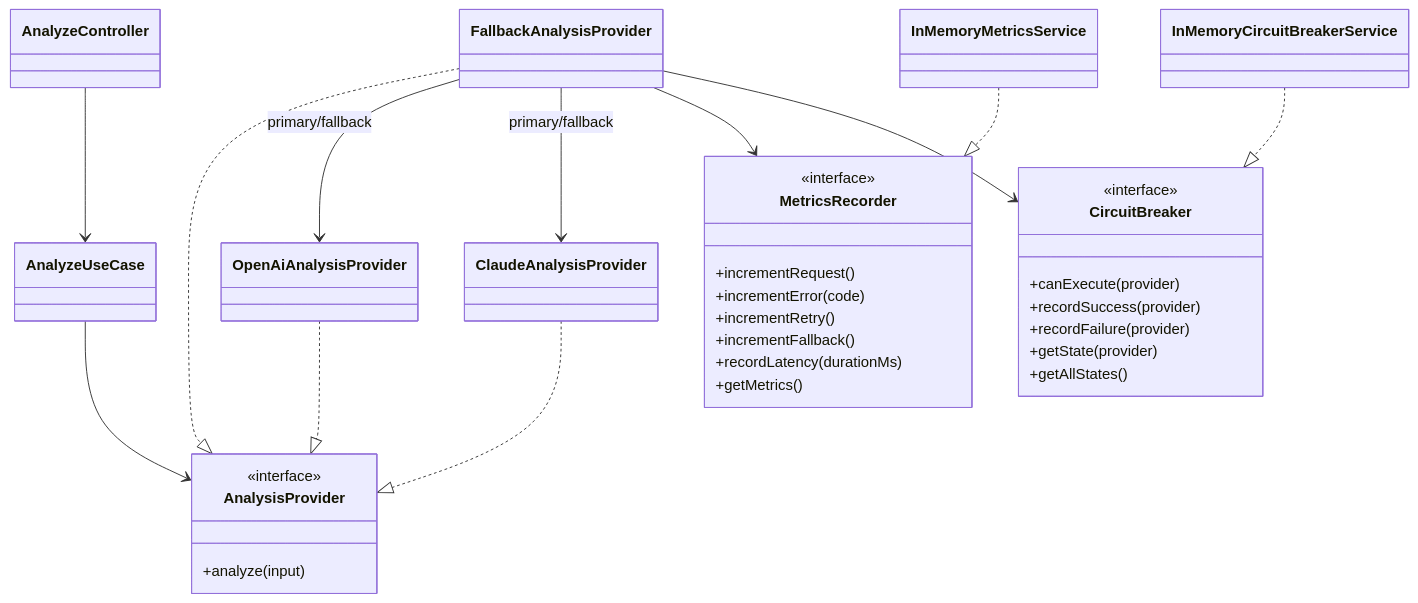
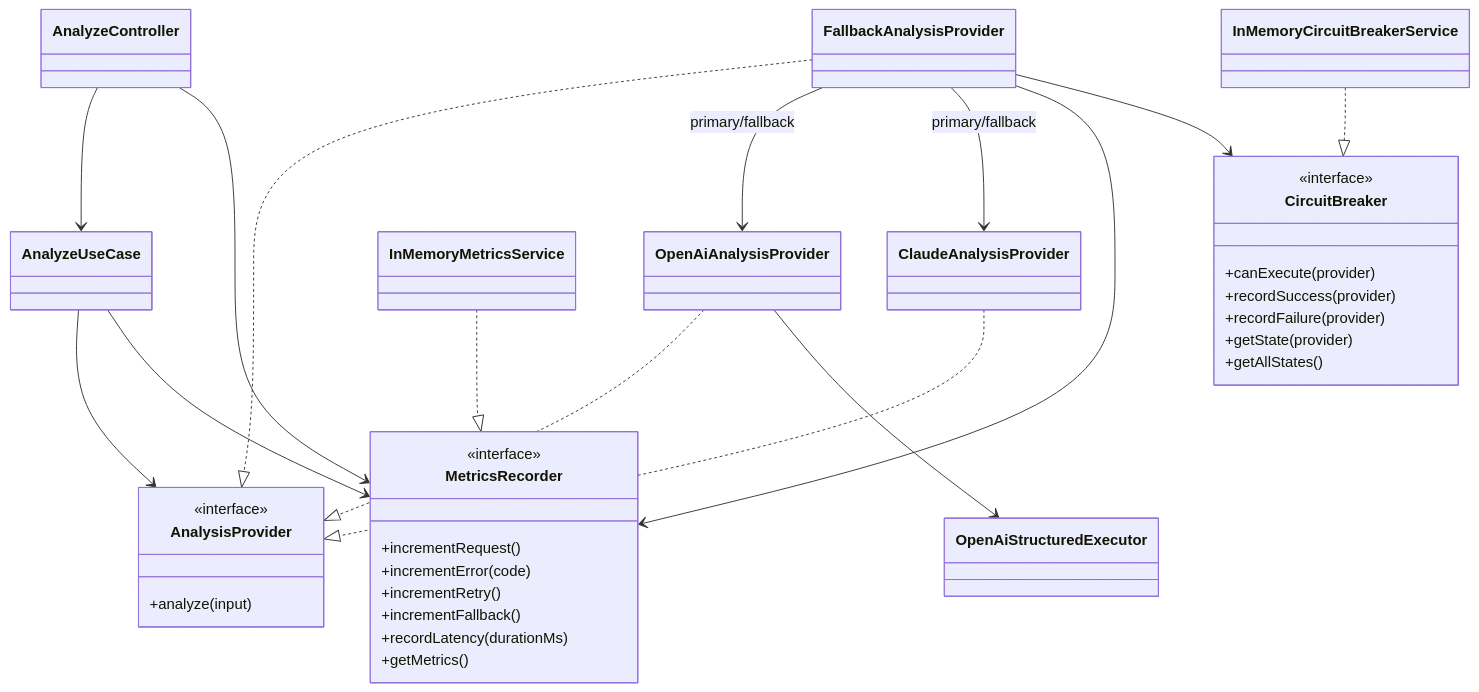
One commit to gustavoarielms/ai-orchestrator changed the diagram in docs/diagrams/analyze-class-diagram.md. Above: the diagram before and after it, drawn with Mermaid. The commit also changed 11 other files, not shown here.

````diff
--- a/docs/diagrams/analyze-class-diagram.md
+++ b/docs/diagrams/analyze-class-diagram.md
@@ -3,52 +3,56 @@
 ```mermaid
 classDiagram
     class AnalyzeController
     class AnalyzeUseCase
+    class OpenAiStructuredExecutor
 
     class AnalysisProvider {
       <<interface>>
       +analyze(input)
     }
 
     class FallbackAnalysisProvider
     class OpenAiAnalysisProvider
     class ClaudeAnalysisProvider
 
     class MetricsRecorder {
       <<interface>>
       +incrementRequest()
       +incrementError(code)
       +incrementRetry()
       +incrementFallback()
       +recordLatency(durationMs)
       +getMetrics()
     }
 
     class InMemoryMetricsService
 
     class CircuitBreaker {
       <<interface>>
       +canExecute(provider)
       +recordSuccess(provider)
       +recordFailure(provider)
       +getState(provider)
       +getAllStates()
     }
 
     class InMemoryCircuitBreakerService
 
     AnalyzeController --> AnalyzeUseCase
+    AnalyzeController --> MetricsRecorder
     AnalyzeUseCase --> AnalysisProvider
+    AnalyzeUseCase --> MetricsRecorder
 
     FallbackAnalysisProvider ..|> AnalysisProvider
     OpenAiAnalysisProvider ..|> AnalysisProvider
     ClaudeAnalysisProvider ..|> AnalysisProvider
 
     FallbackAnalysisProvider --> OpenAiAnalysisProvider : primary/fallback
     FallbackAnalysisProvider --> ClaudeAnalysisProvider : primary/fallback
     FallbackAnalysisProvider --> MetricsRecorder
     FallbackAnalysisProvider --> CircuitBreaker
+    OpenAiAnalysisProvider --> OpenAiStructuredExecutor
 
     InMemoryMetricsService ..|> MetricsRecorder
     InMemoryCircuitBreakerService ..|> CircuitBreaker
 ```
````
